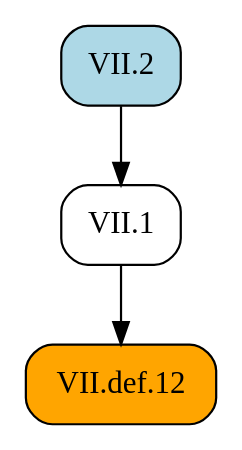
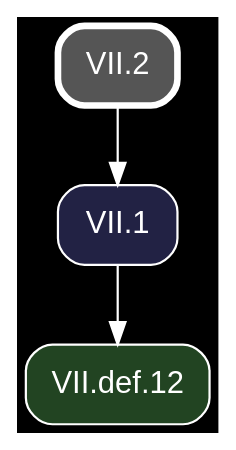
The diagram in docsrc/heath/VII/2/index.rst (geometor/elements), drawn with Graphviz before and after one commit. The commit also changed other lines of this file and 1200 other files, not shown here.

Commit message:
update dependency graphs

```diff
--- a/docsrc/heath/VII/2/index.rst
+++ b/docsrc/heath/VII/2/index.rst
@@ -87,11 +87,13 @@
 .. graphviz::
 
    digraph {
+     bgcolor="black";
+     node [shape=box, style="rounded,filled", fontname="Helvetica", color="white", fontcolor="white"];
+     edge [color="white", fontcolor="white"];
      rankdir="TB";
-     node [shape=box, style=rounded];
-     "VII.2" [style="rounded,filled", fillcolor=lightblue, URL="/heath/VII/2/", target="_top"];
-     "VII.1" [URL="/heath/VII/1/", target="_top"];
-     "VII.def.12" [style="rounded,filled", fillcolor=orange, URL="/heath/VII/def.12/", target="_top"];
+     "VII.2" [penwidth=3, color="white", fillcolor="#555555", URL="/heath/VII/2/", target="_top"];
+     "VII.1" [fillcolor="#222244", URL="/heath/VII/1/", target="_top"];
+     "VII.def.12" [fillcolor="#224422", URL="/heath/VII/def.12/", target="_top"];
      "VII.2" -> "VII.1";
      "VII.1" -> "VII.def.12";
    }
```
